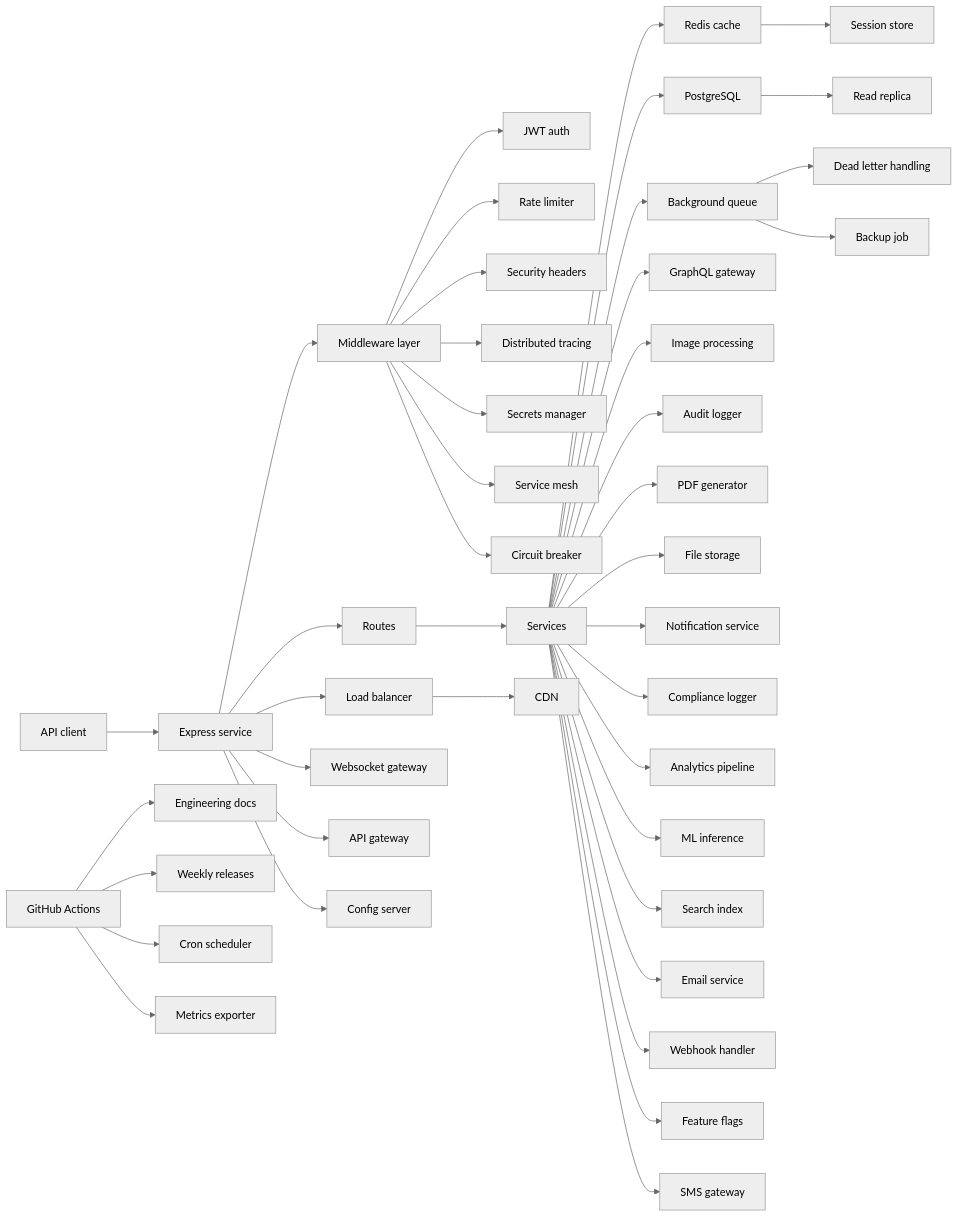
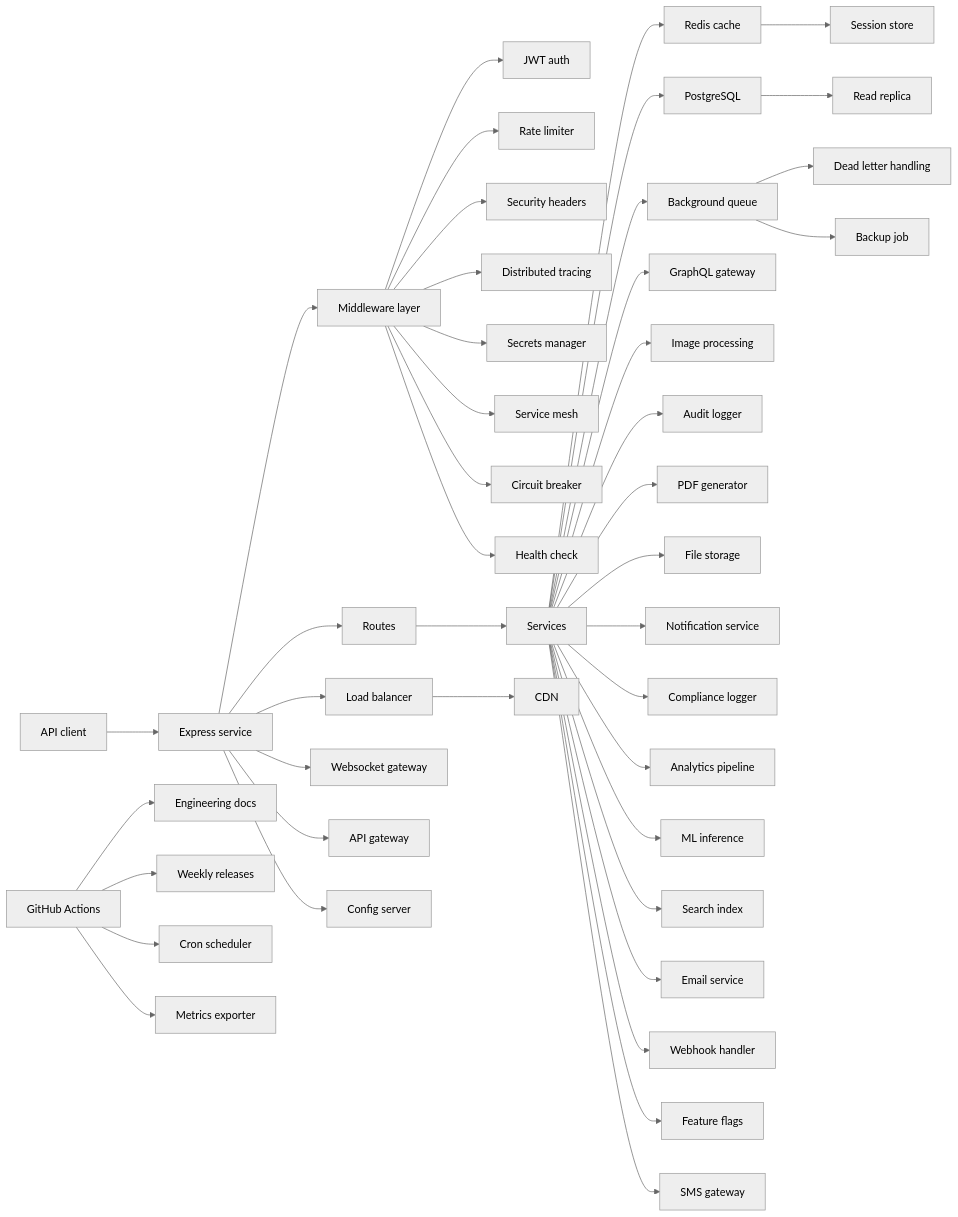
The diagram in README.md (P-r-e-m-i-u-m/Aridon), drawn with Mermaid (neutral theme) before and after one commit.

Commit message:
docs: grow system snapshot diagram 2026-08-03

````diff
--- a/README.md
+++ b/README.md
@@ -24,44 +24,45 @@
 ```mermaid
 flowchart LR
   Client["API client"] --> Express["Express service"]
   Express --> Middleware["Middleware layer"]
   Middleware --> Auth["JWT auth"]
   Middleware --> RateLimit["Rate limiter"]
   Middleware --> Security["Security headers"]
   Express --> Routes["Routes"]
   Routes --> Services["Services"]
   Services --> Redis["Redis cache"]
   Services --> Postgres["PostgreSQL"]
   Services --> Queue["Background queue"]
   Queue --> DLQ["Dead letter handling"]
   Actions["GitHub Actions"] --> Docs["Engineering docs"]
   Actions --> Releases["Weekly releases"]
   Services --> GraphqlGW["GraphQL gateway"]
   Services --> ImageProcessing["Image processing"]
   Middleware --> Tracing["Distributed tracing"]
   Actions --> CronScheduler["Cron scheduler"]
   Services --> AuditLog["Audit logger"]
   Services --> PdfGenerator["PDF generator"]
   Postgres --> ReadReplica["Read replica"]
   Services --> FileStorage["File storage"]
   Services --> Notifications["Notification service"]
   LoadBalancer --> CDN["CDN"]
   Services --> ComplianceLog["Compliance logger"]
   Middleware --> SecretsManager["Secrets manager"]
   Services --> Analytics["Analytics pipeline"]
   Services --> MLInference["ML inference"]
   Services --> SearchIndex["Search index"]
   Queue --> BackupJob["Backup job"]
   Services --> EmailService["Email service"]
   Services --> WebhookHandler["Webhook handler"]
   Middleware --> ServiceMesh["Service mesh"]
   Services --> FeatureFlags["Feature flags"]
   Express --> LoadBalancer["Load balancer"]
   Redis --> SessionStore["Session store"]
   Services --> SmsGateway["SMS gateway"]
   Express --> WebsocketGW["Websocket gateway"]
   Express --> Gateway["API gateway"]
   Express --> ConfigServer["Config server"]
   Middleware --> CircuitBreaker["Circuit breaker"]
   Actions --> Metrics["Metrics exporter"]
+  Middleware --> HealthCheck["Health check"]
 ```
````
